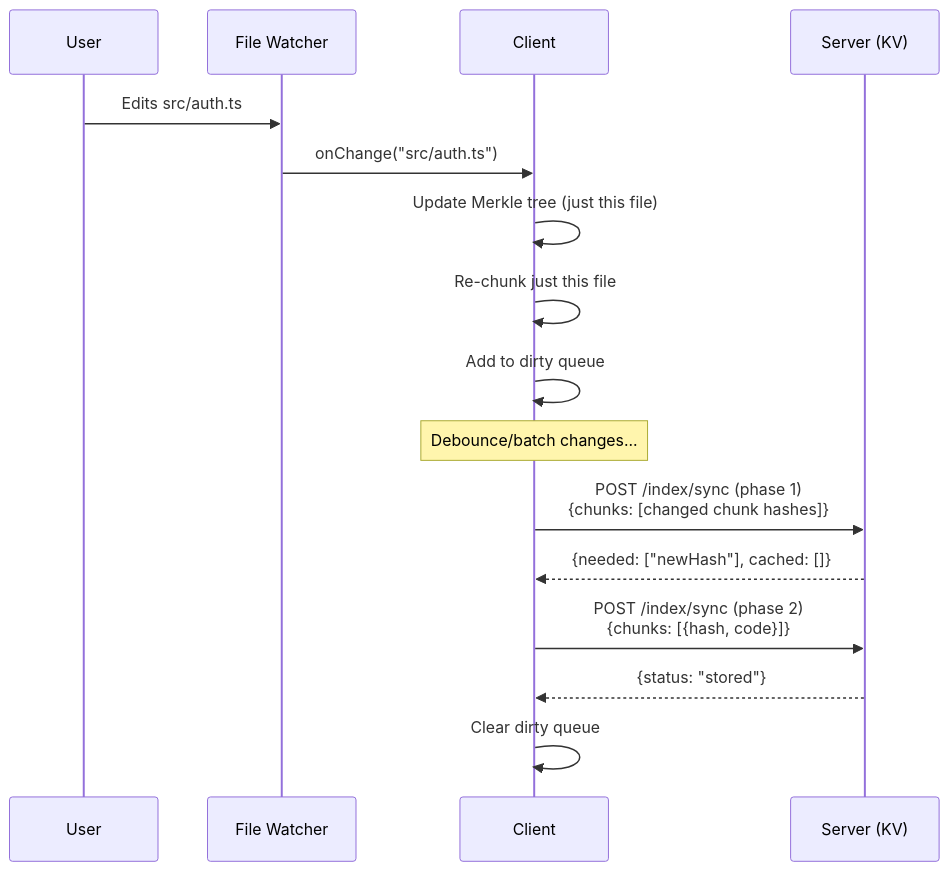
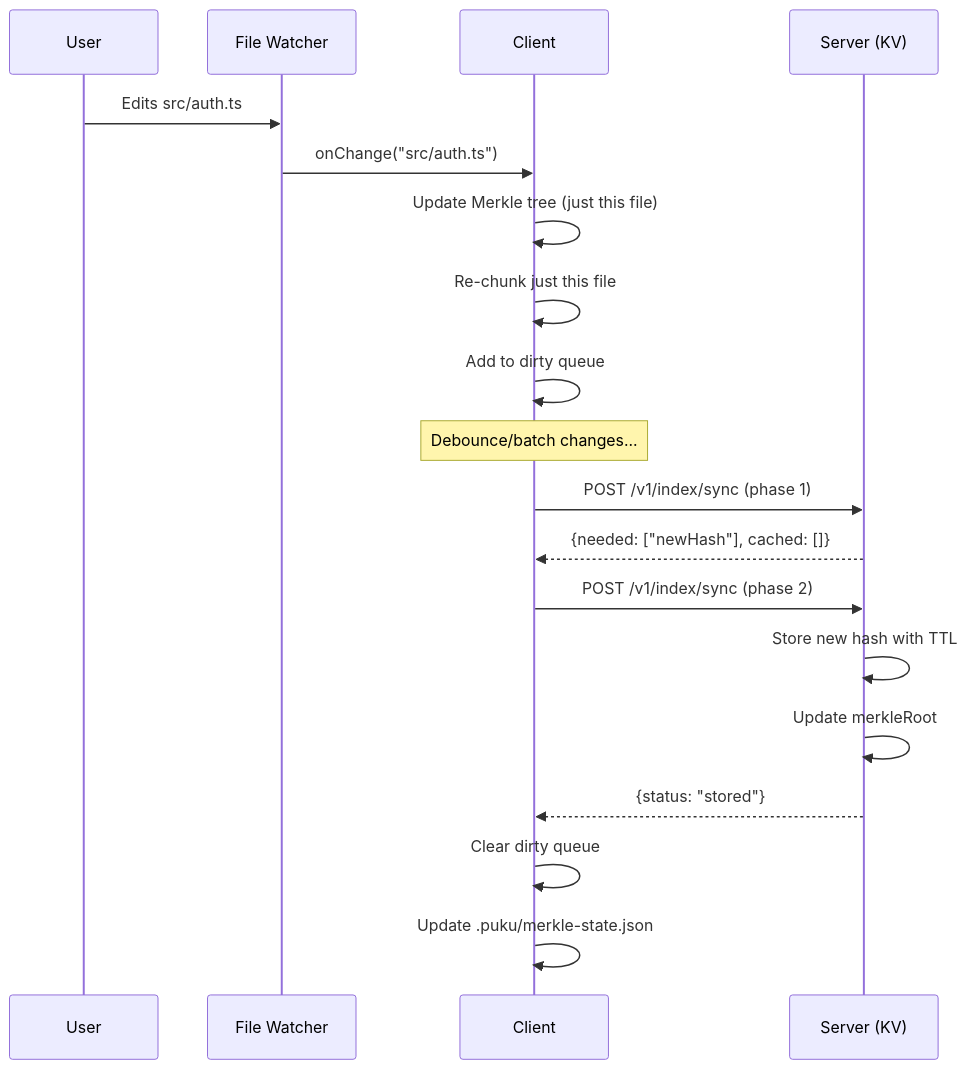
Before and after one commit to poridhioss/indexing-system-poc: the sixth of 6 diagrams in Documentation/phase-1-implementation-plan.md, drawn with Mermaid. The commit also changed other lines of this file, not shown here.

Commit message:
phase 1 implementation plan updated

````diff
--- a/Documentation/phase-1-implementation-plan.md
+++ b/Documentation/phase-1-implementation-plan.md
@@ -112,23 +147,26 @@
 ```mermaid
 sequenceDiagram
     participant U as User
     participant FW as File Watcher
     participant C as Client
     participant S as Server (KV)
 
     U->>FW: Edits src/auth.ts
     FW->>C: onChange("src/auth.ts")
     C->>C: Update Merkle tree (just this file)
     C->>C: Re-chunk just this file
     C->>C: Add to dirty queue
 
     Note over C: Debounce/batch changes...
 
-    C->>S: POST /index/sync (phase 1)<br/>{chunks: [changed chunk hashes]}
+    C->>S: POST /v1/index/sync (phase 1)
     S-->>C: {needed: ["newHash"], cached: []}
 
-    C->>S: POST /index/sync (phase 2)<br/>{chunks: [{hash, code}]}
+    C->>S: POST /v1/index/sync (phase 2)
+    S->>S: Store new hash with TTL
+    S->>S: Update merkleRoot
     S-->>C: {status: "stored"}
 
     C->>C: Clear dirty queue
+    C->>C: Update .puku/merkle-state.json
 ```
````
